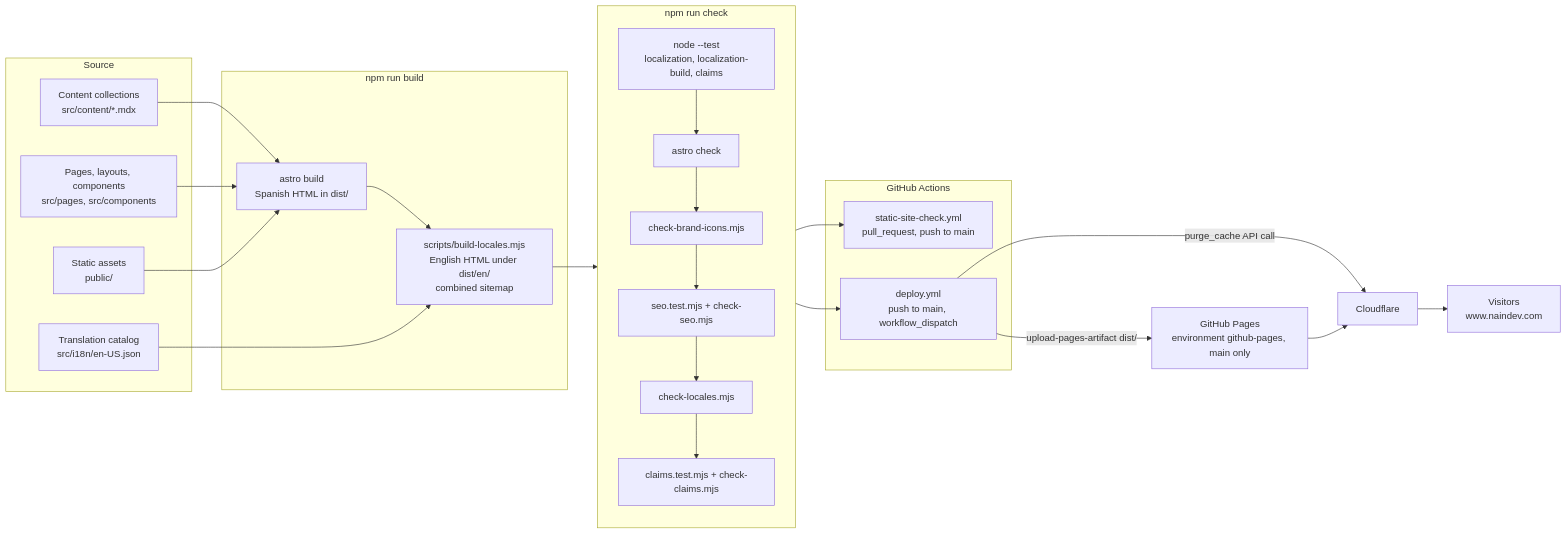
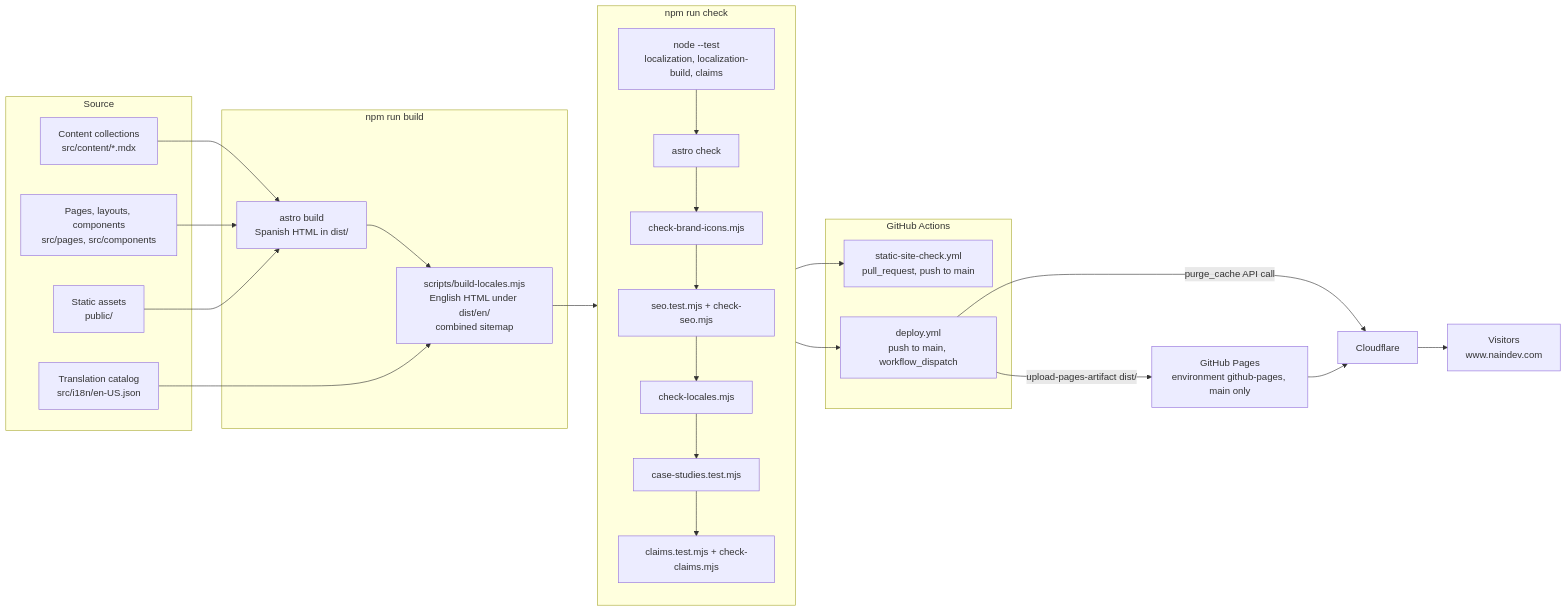
The diagram in docs/20-architecture.md (Nain9Dev/nain9dev.github.io), drawn with Mermaid before and after one commit. The commit also changed other lines of this file and 44 other files, not shown here.

First line of the commit message:
feat(content)!: remove case studies and redirect their URLs to services

````diff
--- a/docs/20-architecture.md
+++ b/docs/20-architecture.md
@@ -25,42 +25,43 @@
 ```mermaid
 flowchart LR
     subgraph Source
         MDX[Content collections<br/>src/content/*.mdx]
         ASTRO[Pages, layouts, components<br/>src/pages, src/components]
         CAT[Translation catalog<br/>src/i18n/en-US.json]
         PUB[Static assets<br/>public/]
     end
 
     subgraph Build["npm run build"]
         AB[astro build<br/>Spanish HTML in dist/]
         BL[scripts/build-locales.mjs<br/>English HTML under dist/en/<br/>combined sitemap]
     end
 
     subgraph Check["npm run check"]
         UT[node --test<br/>localization, localization-build, claims]
         AC[astro check]
         BI[check-brand-icons.mjs]
         SEO[seo.test.mjs + check-seo.mjs]
         LC[check-locales.mjs]
+        CS[case-studies.test.mjs]
         CC[claims.test.mjs + check-claims.mjs]
     end
 
     subgraph CI["GitHub Actions"]
         SSC[static-site-check.yml<br/>pull_request, push to main]
         DEP[deploy.yml<br/>push to main, workflow_dispatch]
     end
 
     MDX --> AB
     ASTRO --> AB
     PUB --> AB
     AB --> BL
     CAT --> BL
     BL --> Check
-    UT --> AC --> BI --> SEO --> LC --> CC
+    UT --> AC --> BI --> SEO --> LC --> CS --> CC
     Check --> SSC
     Check --> DEP
     DEP -->|upload-pages-artifact dist/| GHP[GitHub Pages<br/>environment github-pages, main only]
     DEP -->|purge_cache API call| CF[Cloudflare]
     GHP --> CF
     CF --> USER[Visitors<br/>www.naindev.com]
 ```
````
